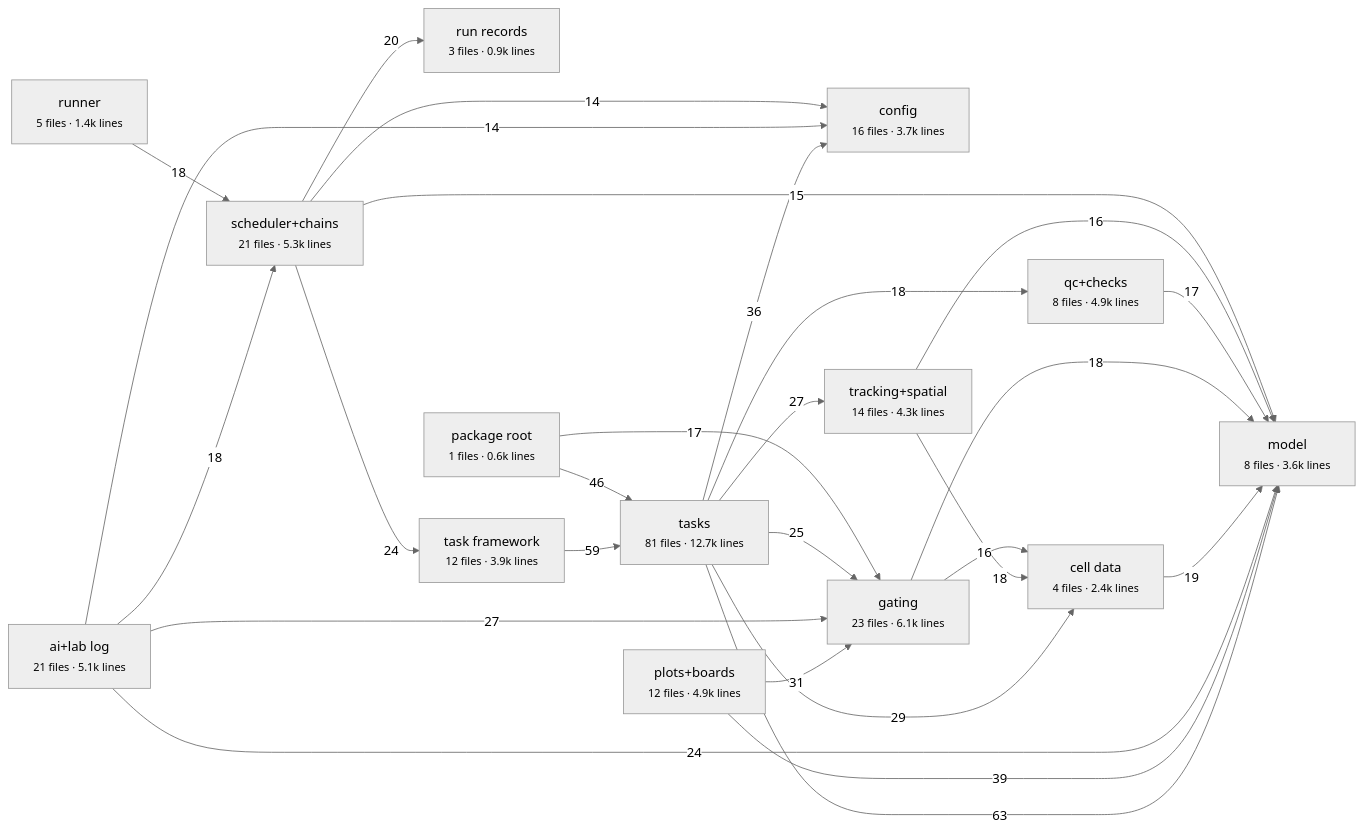
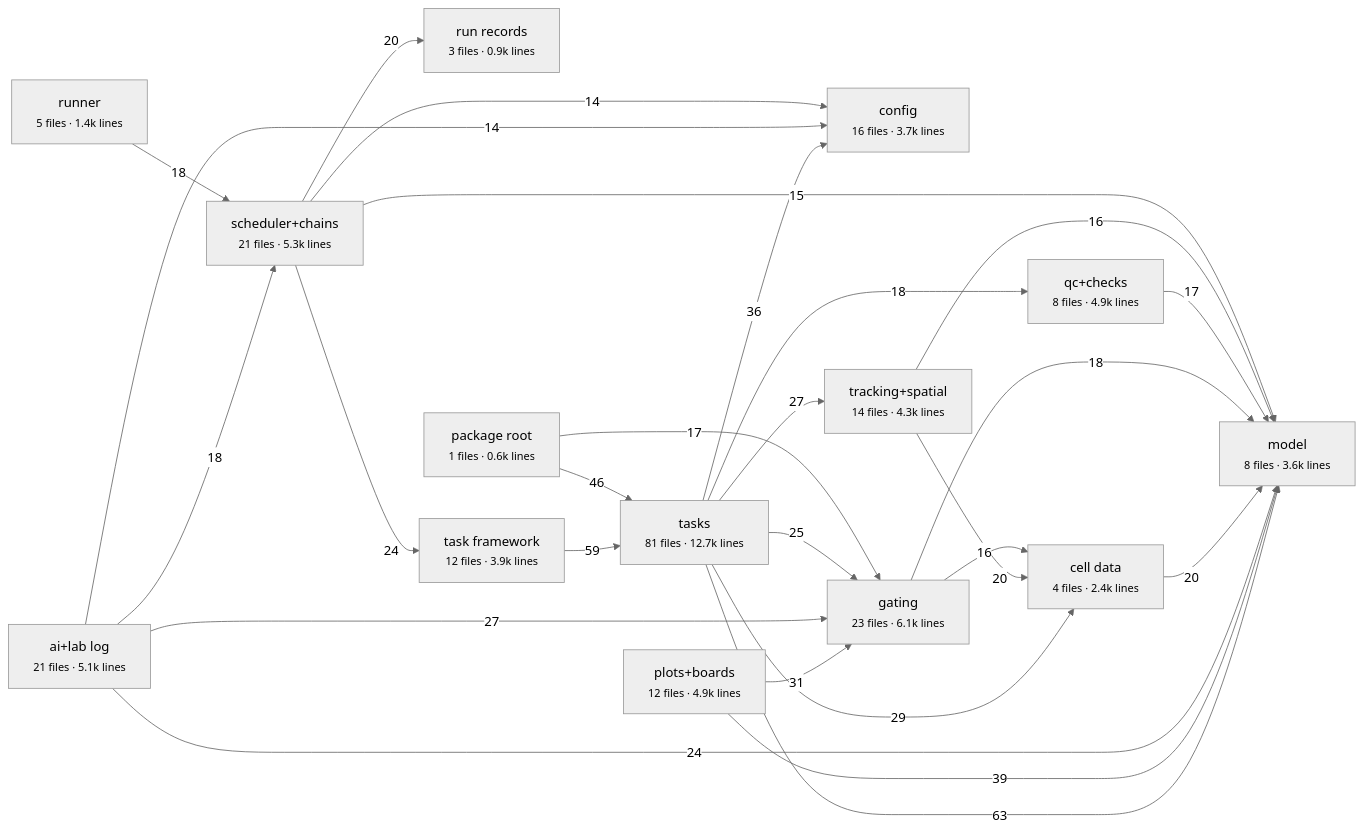
The first of 2 diagrams in docs/architecture/julia/areas.md (schienstockd/cecelia), drawn with Mermaid (neutral theme) before and after one commit. The commit also changed other lines of this file and 18 other files, not shown here.

````diff
--- a/docs/architecture/julia/areas.md
+++ b/docs/architecture/julia/areas.md
@@ -17,43 +17,43 @@
 ```mermaid
 flowchart LR
   model["model<br/><small>8 files · 3.6k lines</small>"]
   config["config<br/><small>16 files · 3.7k lines</small>"]
   run_records["run records<br/><small>3 files · 0.9k lines</small>"]
   scheduler_chains["scheduler+chains<br/><small>21 files · 5.3k lines</small>"]
   task_framework["task framework<br/><small>12 files · 3.9k lines</small>"]
   tasks["tasks<br/><small>81 files · 12.7k lines</small>"]
   runner["runner<br/><small>5 files · 1.4k lines</small>"]
   cell_data["cell data<br/><small>4 files · 2.4k lines</small>"]
   gating["gating<br/><small>23 files · 6.1k lines</small>"]
   tracking_spatial["tracking+spatial<br/><small>14 files · 4.3k lines</small>"]
   qc_checks["qc+checks<br/><small>8 files · 4.9k lines</small>"]
   plots_boards["plots+boards<br/><small>12 files · 4.9k lines</small>"]
   ai_lab_log["ai+lab log<br/><small>21 files · 5.1k lines</small>"]
   package_root["package root<br/><small>1 files · 0.6k lines</small>"]
   tasks -->|63| model
   task_framework -->|59| tasks
   package_root -->|46| tasks
   plots_boards -->|39| model
   tasks -->|36| config
   plots_boards -->|31| gating
   tasks -->|29| cell_data
   ai_lab_log -->|27| gating
   tasks -->|27| tracking_spatial
   tasks -->|25| gating
   ai_lab_log -->|24| model
   scheduler_chains -->|24| task_framework
+  cell_data -->|20| model
   scheduler_chains -->|20| run_records
-  cell_data -->|19| model
+  tracking_spatial -->|20| cell_data
   ai_lab_log -->|18| scheduler_chains
   gating -->|18| model
   runner -->|18| scheduler_chains
   tasks -->|18| qc_checks
-  tracking_spatial -->|18| cell_data
   package_root -->|17| gating
   qc_checks -->|17| model
   gating -->|16| cell_data
   tracking_spatial -->|16| model
   scheduler_chains -->|15| model
   ai_lab_log -->|14| config
   scheduler_chains -->|14| config
 ```
````
